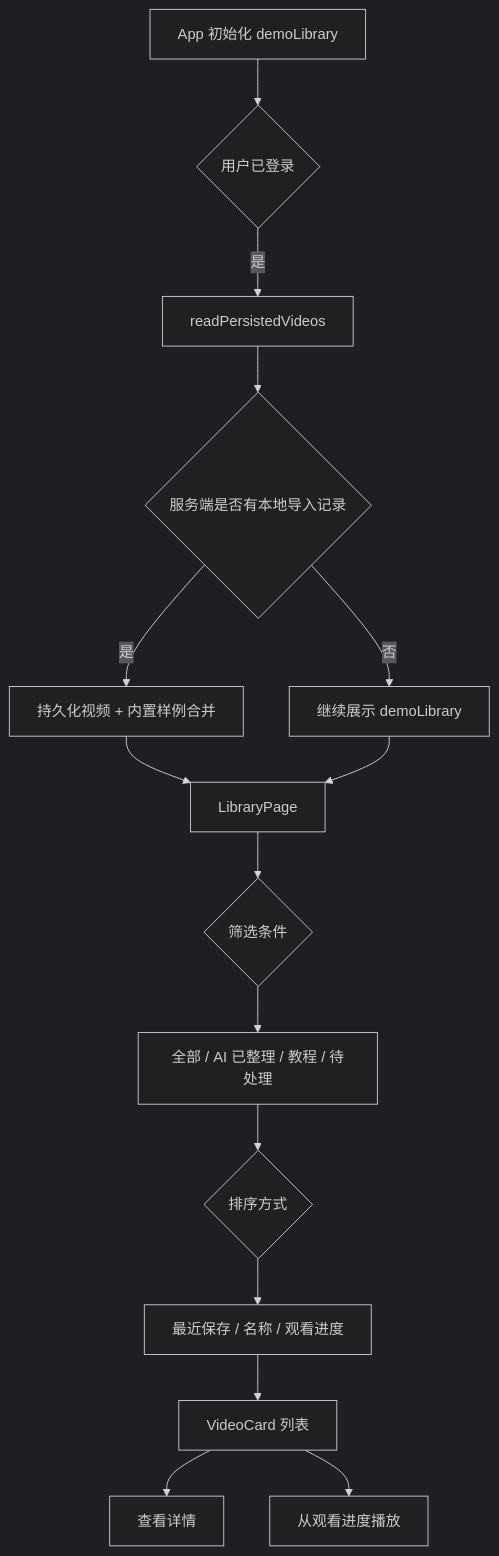
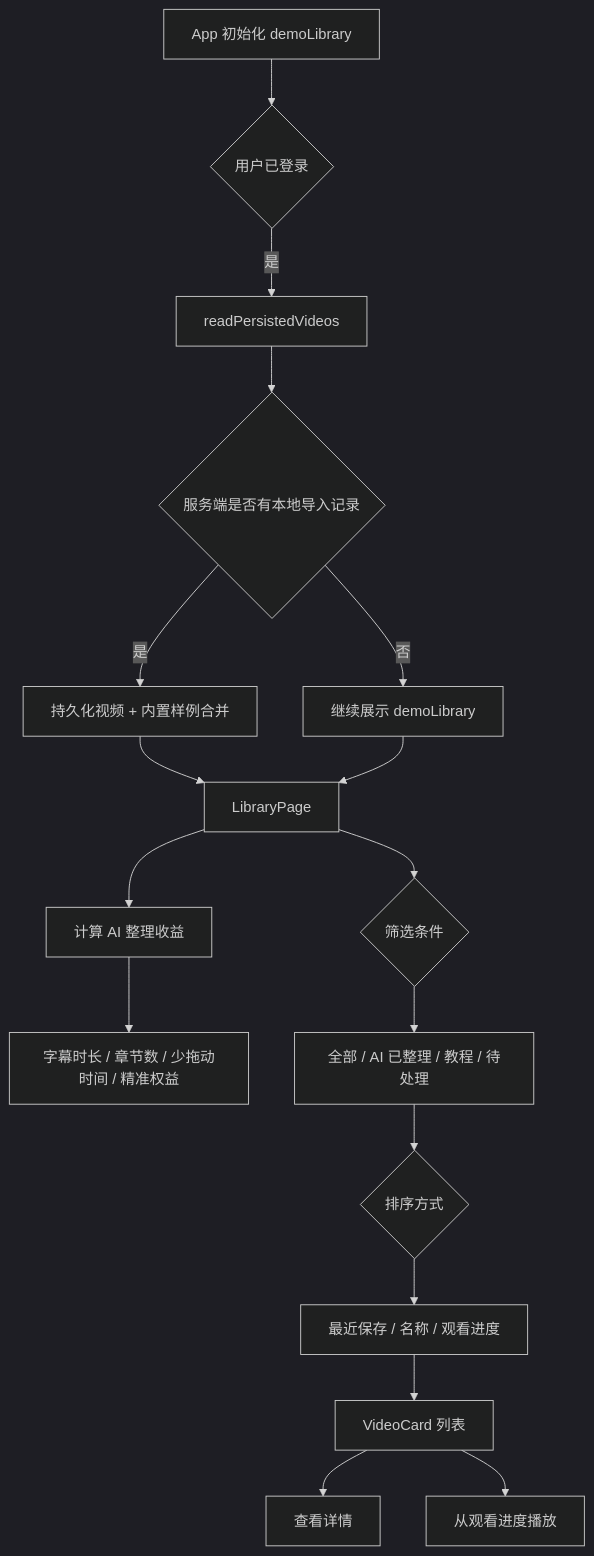
One commit to qwe605/xunlei_ai_video changed the fifth of 22 diagrams in docs/项目说明文档.md. Above: the diagram before and after it, drawn with Mermaid (dark theme). The commit also changed other lines of this file and 3 other files, not shown here.

````diff
--- a/docs/项目说明文档.md
+++ b/docs/项目说明文档.md
@@ -480,17 +480,19 @@
 ```mermaid
 flowchart TD
     A["App 初始化 demoLibrary"] --> B{"用户已登录"}
     B -->|是| C["readPersistedVideos"]
     C --> D{"服务端是否有本地导入记录"}
     D -->|是| E["持久化视频 + 内置样例合并"]
     D -->|否| F["继续展示 demoLibrary"]
     E --> G["LibraryPage"]
     F --> G
+    G --> O["计算 AI 整理收益"]
+    O --> P["字幕时长 / 章节数 / 少拖动时间 / 精准权益"]
     G --> H{"筛选条件"}
     H --> I["全部 / AI 已整理 / 教程 / 待处理"]
     I --> J{"排序方式"}
     J --> K["最近保存 / 名称 / 观看进度"]
     K --> L["VideoCard 列表"]
     L --> M["查看详情"]
     L --> N["从观看进度播放"]
 ```
````
